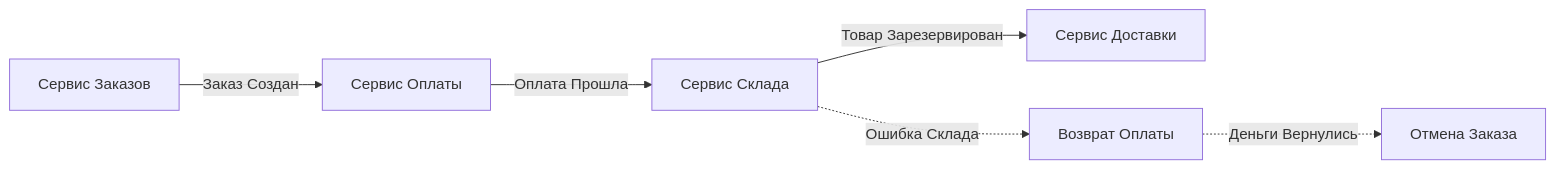
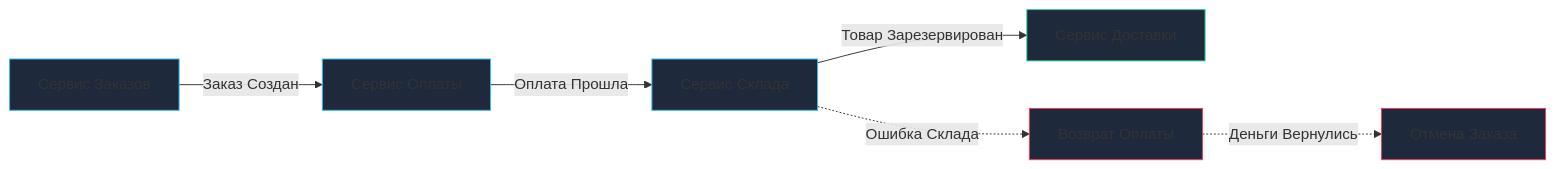
Before and after one commit to UnrealTemplier/go-textbook: the second of 3 diagrams in sources/12. Базы данных/08. Распределенные базы данных/10. Saga pattern.md, drawn with Mermaid. The commit also changed other lines of this file, not shown here.

````diff
--- a/sources/12. Базы данных/08. Распределенные базы данных/10. Saga pattern.md
+++ b/sources/12. Базы данных/08. Распределенные базы данных/10. Saga pattern.md
@@ -25,9 +49,16 @@
 ```mermaid
 flowchart LR
     Orders["Сервис Заказов"] -->|"Заказ Создан"| Payment["Сервис Оплаты"]
     Payment -->|"Оплата Прошла"| Inventory["Сервис Склада"]
     Inventory -->|"Товар Зарезервирован"| Delivery["Сервис Доставки"]
     
     Inventory -.->|"Ошибка Склада"| PaymentComp["Возврат Оплаты"]
     PaymentComp -.->|"Деньги Вернулись"| OrdersComp["Отмена Заказа"]
+
+    style Orders fill:#1e293b,stroke:#38bdf8,stroke-width:1px
+    style Payment fill:#1e293b,stroke:#38bdf8,stroke-width:1px
+    style Inventory fill:#1e293b,stroke:#38bdf8,stroke-width:1px
+    style Delivery fill:#1e293b,stroke:#34d399,stroke-width:1px
+    style PaymentComp fill:#1e293b,stroke:#f43f5e,stroke-width:1px
+    style OrdersComp fill:#1e293b,stroke:#f43f5e,stroke-width:1px
 ```
````
